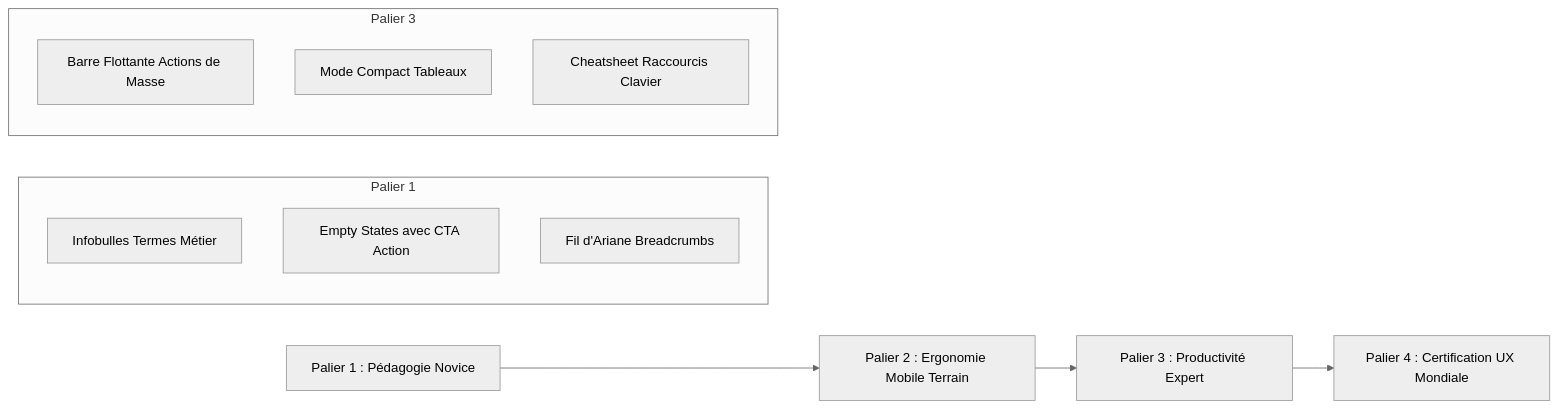
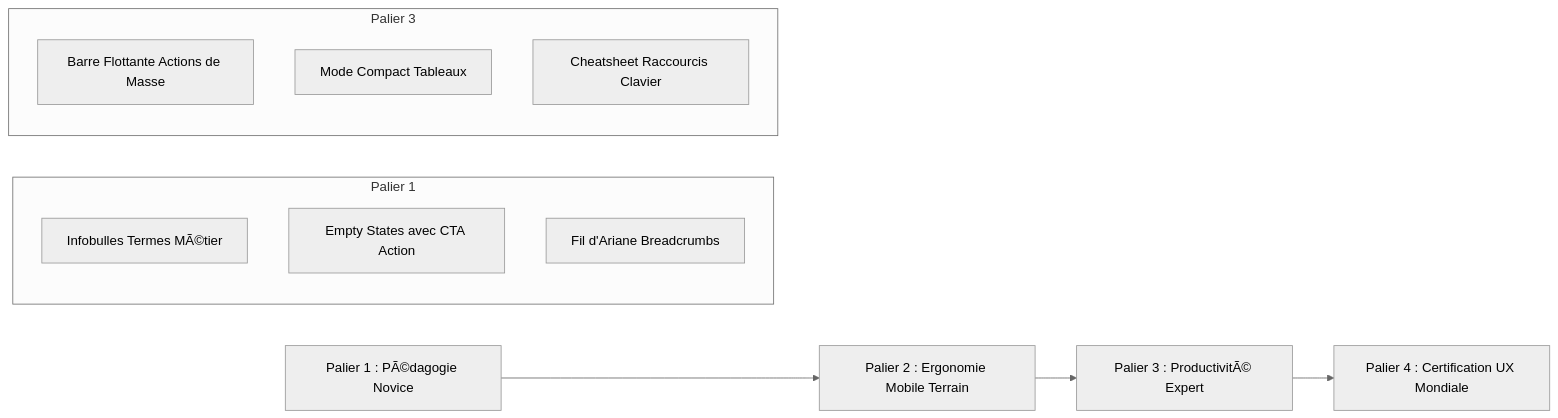
The diagram in RAPORT_EXPERTISE_AUDIT_UX_UI_AMELIORATIONS.md (elevationchic-ux/evo-log-pro), drawn with Mermaid (neutral theme) before and after one commit. The commit also changed other lines of this file and 27 other files, not shown here.

````diff
--- a/RAPORT_EXPERTISE_AUDIT_UX_UI_AMELIORATIONS.md
+++ b/RAPORT_EXPERTISE_AUDIT_UX_UI_AMELIORATIONS.md
@@ -181,18 +181,18 @@
 ```mermaid
 graph LR
-    P1[Palier 1 : Pédagogie Novice] --> P2[Palier 2 : Ergonomie Mobile Terrain]
-    P2 --> P3[Palier 3 : Productivité Expert]
+    P1[Palier 1 : PÃ©dagogie Novice] --> P2[Palier 2 : Ergonomie Mobile Terrain]
+    P2 --> P3[Palier 3 : ProductivitÃ© Expert]
     P3 --> P4[Palier 4 : Certification UX Mondiale]
 
     subgraph "Palier 1"
-        P1A[Infobulles Termes Métier]
+        P1A[Infobulles Termes MÃ©tier]
         P1B[Empty States avec CTA Action]
         P1C[Fil d'Ariane Breadcrumbs]
     end
 
     subgraph "Palier 3"
         P3A[Barre Flottante Actions de Masse]
         P3B[Mode Compact Tableaux]
         P3C[Cheatsheet Raccourcis Clavier]
     end
 ```
````
